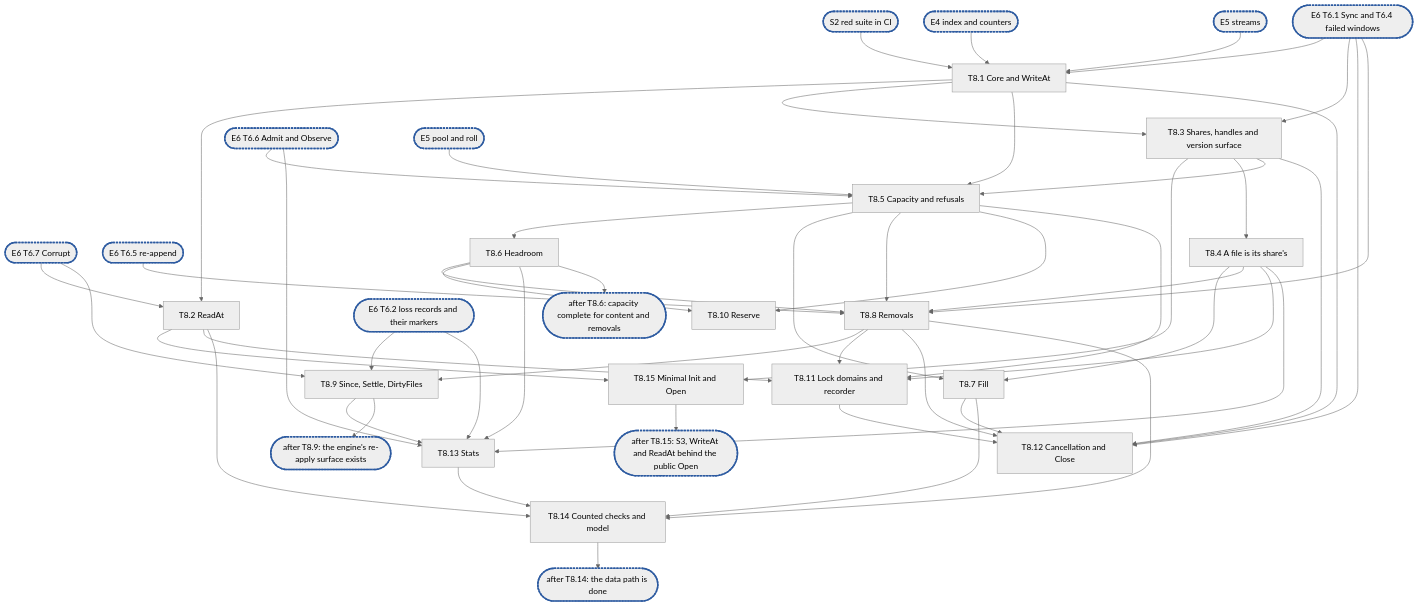
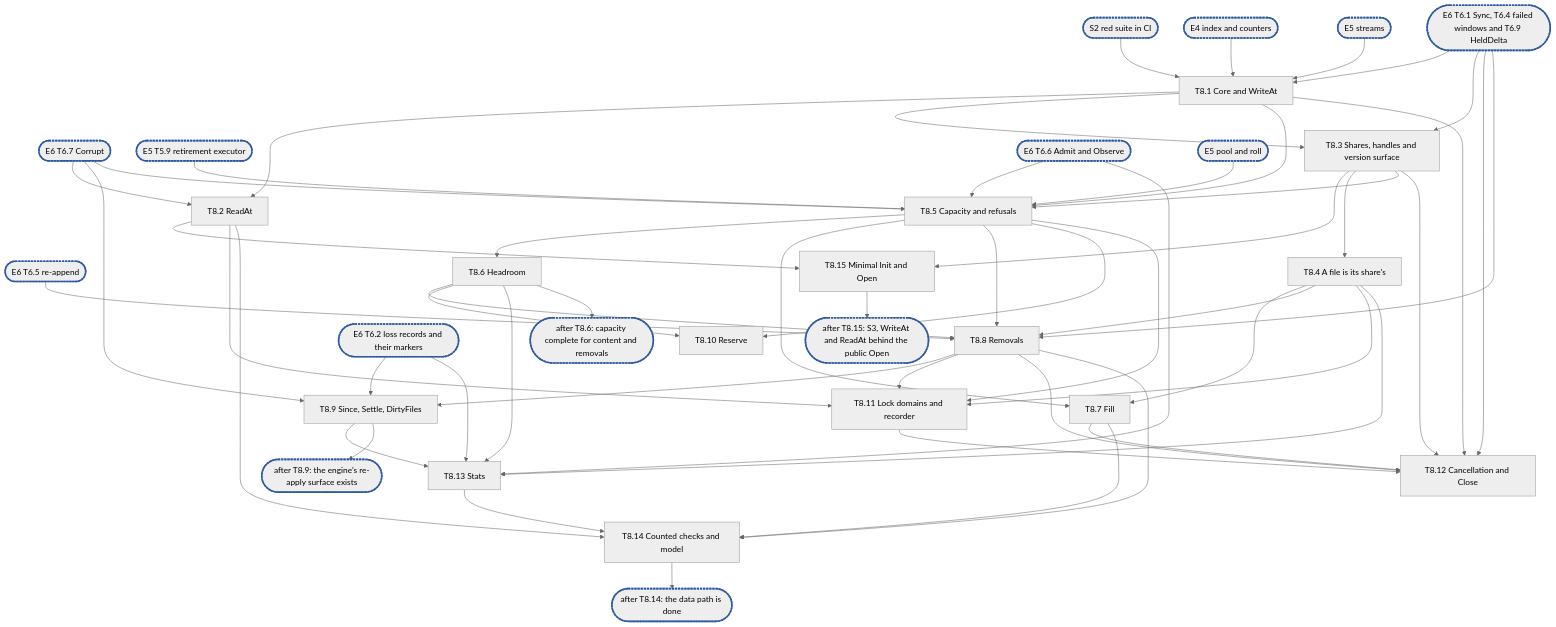
The diagram in docs/internals/planning/rfc-1-journal-epic8.md (marmos91/dittofs), drawn with Mermaid (neutral theme) before and after one commit. The commit also changed other lines of this file and 3 other files, not shown here.

Commit message:
docs(planning): add T6.9 for HeldDelta, count Take's spares as Reserve does, split the copy read's errors

````diff
--- a/docs/internals/planning/rfc-1-journal-epic8.md
+++ b/docs/internals/planning/rfc-1-journal-epic8.md
@@ -1276,55 +1289,57 @@
 ```mermaid
 flowchart TD
   S2(["S2 red suite in CI"]):::sync --> T1["T8.1 Core and WriteAt"]
   E4(["E4 index and counters"]):::sync --> T1
   E5s(["E5 streams"]):::sync --> T1
-  E6a(["E6 T6.1 Sync and T6.4 failed windows"]):::sync --> T1
+  E6a(["E6 T6.1 Sync, T6.4 failed windows and T6.9 HeldDelta"]):::sync --> T1
   E6c(["E6 T6.7 Corrupt"]):::sync --> T2
   E6c --> T9
+  E6c --> T5
+  E5r(["E5 T5.9 retirement executor"]):::sync --> T5
   E6x(["E6 T6.5 re-append"]):::sync --> T8
   E6a --> T3
   E6a --> T12
   E6r(["E6 T6.6 Admit and Observe"]):::sync --> T5
   E6r --> T13
   T1 --> T2["T8.2 ReadAt"]
   T1 --> T3["T8.3 Shares, handles and version surface"]
   T2 --> T15["T8.15 Minimal Init and Open"]
   T3 --> T15
   T15 --> C1(["after T8.15: S3, WriteAt and ReadAt behind the public Open"]):::sync
   T3 --> T4["T8.4 A file is its share's"]
   T1 --> T5["T8.5 Capacity and refusals"]
   T3 --> T5
   E5p(["E5 pool and roll"]):::sync --> T5
   T5 --> T6["T8.6 Headroom"]
   T5 --> T7["T8.7 Fill"]
   T4 --> T7
   T4 --> T8["T8.8 Removals"]
   T5 --> T8
   T6 --> T8
   E6a --> T8
   T5 --> T10["T8.10 Reserve"]
   T6 --> T10
   T8 --> T9["T8.9 Since, Settle, DirtyFiles"]
   E6l(["E6 T6.2 loss records and their markers"]):::sync --> T9
   E6l --> T13
   T2 --> T11["T8.11 Lock domains and recorder"]
   T5 --> T11
   T4 --> T11
   T8 --> T11
   T1 --> T12["T8.12 Cancellation and Close"]
   T3 --> T12
   T7 --> T12
   T8 --> T12
   T11 --> T12
   T4 --> T13["T8.13 Stats"]
   T6 --> T13
   T9 --> T13
   T2 --> T14["T8.14 Counted checks and model"]
   T7 --> T14
   T8 --> T14
   T13 --> T14
   T6 --> C2(["after T8.6: capacity complete for content and removals"]):::sync
   T9 --> C3(["after T8.9: the engine's re-apply surface exists"]):::sync
   T14 --> C4(["after T8.14: the data path is done"]):::sync
   classDef sync stroke:#2c5aa0,stroke-width:3px,stroke-dasharray:4 2
 ```
````
